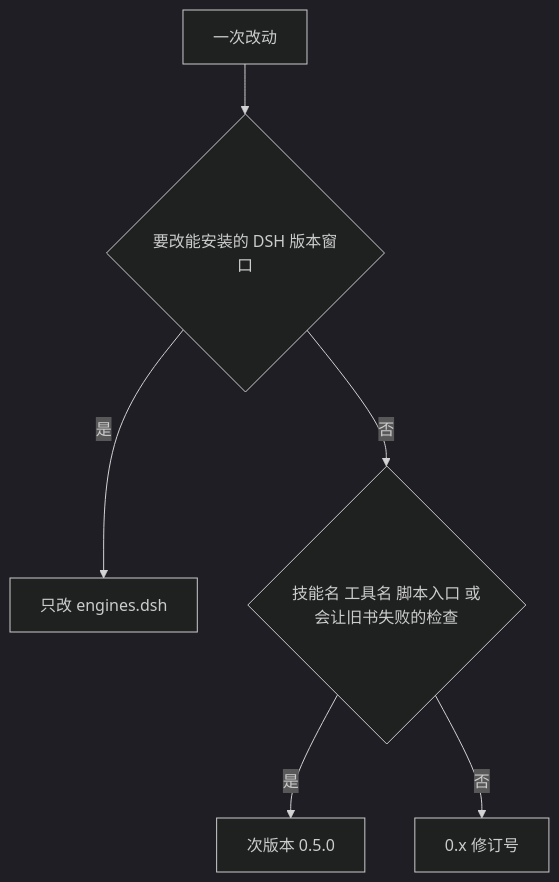
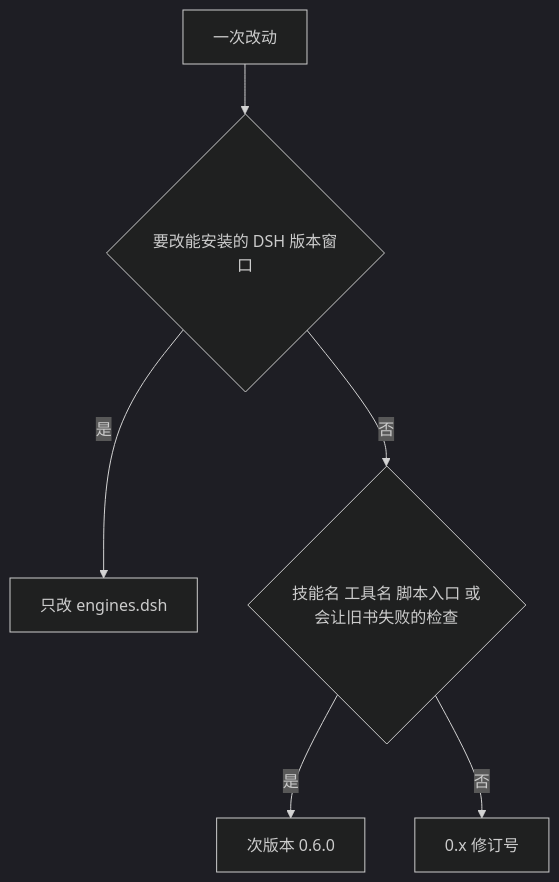
Before and after one commit to chengzhao-dev/dsh-quarto-book: the diagram in docs/versioning.md, drawn with Mermaid (dark theme). The commit also changed other lines of this file and 49 other files, not shown here.

````diff
--- a/docs/versioning.md
+++ b/docs/versioning.md
@@ -28,8 +28,8 @@
 ```mermaid
 flowchart TD
   change[一次改动] --> host{要改能安装的 DSH 版本窗口}
   host -->|是| engines[只改 engines.dsh]
   host -->|否| contract{技能名 工具名 脚本入口 或会让旧书失败的检查}
-  contract -->|是| minor[次版本 0.5.0]
+  contract -->|是| minor[次版本 0.6.0]
   contract -->|否| patch[0.x 修订号]
 ```
````
